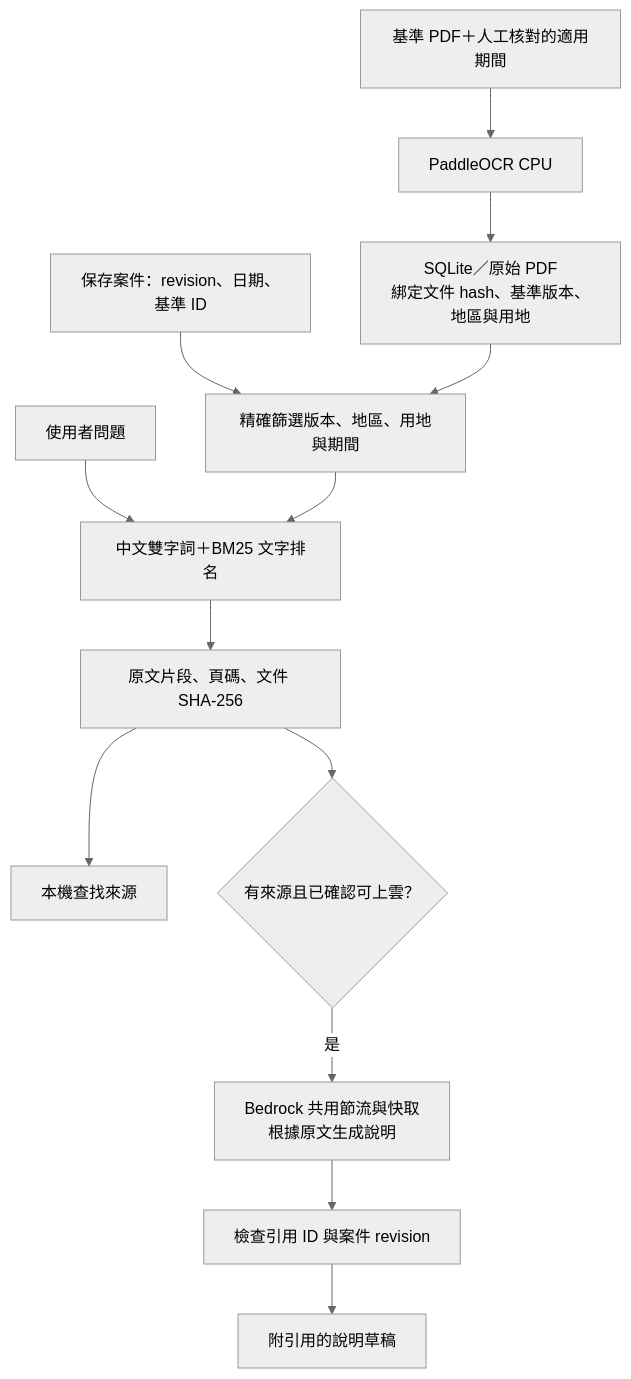
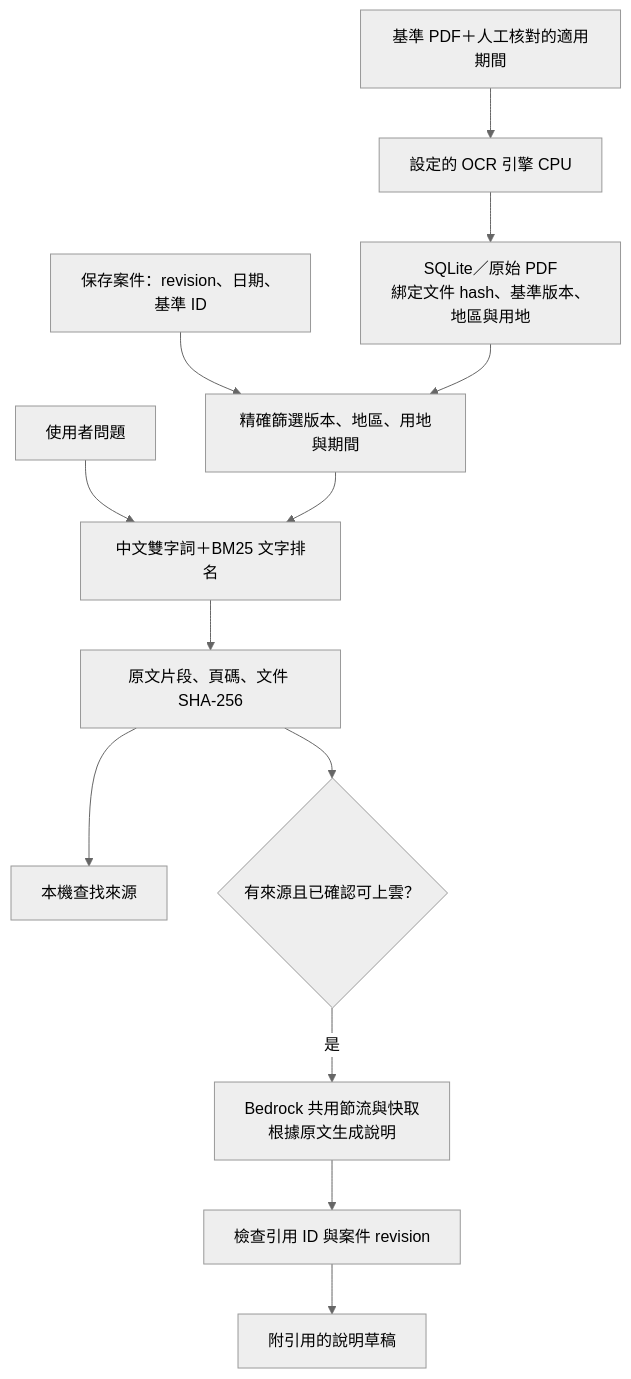
One commit to ChenYi0725/hackathon changed the diagram in docs/rag.md. Above: the diagram before and after it, drawn with Mermaid (neutral theme). The commit also changed other lines of this file and 23 other files, not shown here.

````diff
--- a/docs/rag.md
+++ b/docs/rag.md
@@ -17,15 +17,15 @@
 ```mermaid
 flowchart TD
-  PDF["基準 PDF＋人工核對的適用期間"] --> OCR["PaddleOCR CPU"]
+  PDF["基準 PDF＋人工核對的適用期間"] --> OCR["設定的 OCR 引擎 CPU"]
   OCR --> STORE["SQLite／原始 PDF<br/>綁定文件 hash、基準版本、地區與用地"]
   CASE["保存案件：revision、日期、基準 ID"] --> FILTER["精確篩選版本、地區、用地與期間"]
   STORE --> FILTER
   Q["使用者問題"] --> SEARCH["中文雙字詞＋BM25 文字排名"]
   FILTER --> SEARCH
   SEARCH --> HITS["原文片段、頁碼、文件 SHA-256"]
   HITS --> LOCAL["本機查找來源"]
   HITS --> APPROVE{"有來源且已確認可上雲？"}
   APPROVE -->|是| AI["Bedrock 共用節流與快取<br/>根據原文生成說明"]
   AI --> VERIFY["檢查引用 ID 與案件 revision"]
   VERIFY --> DRAFT["附引用的說明草稿"]
 ```
````
